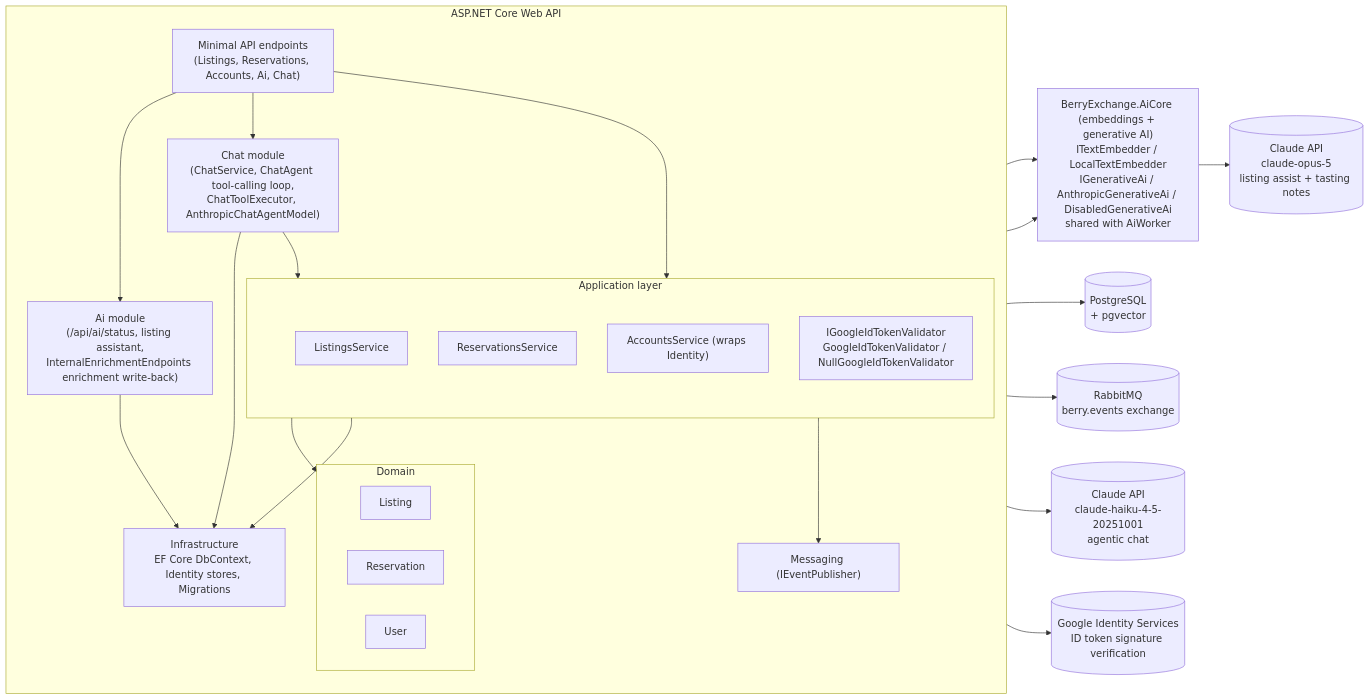
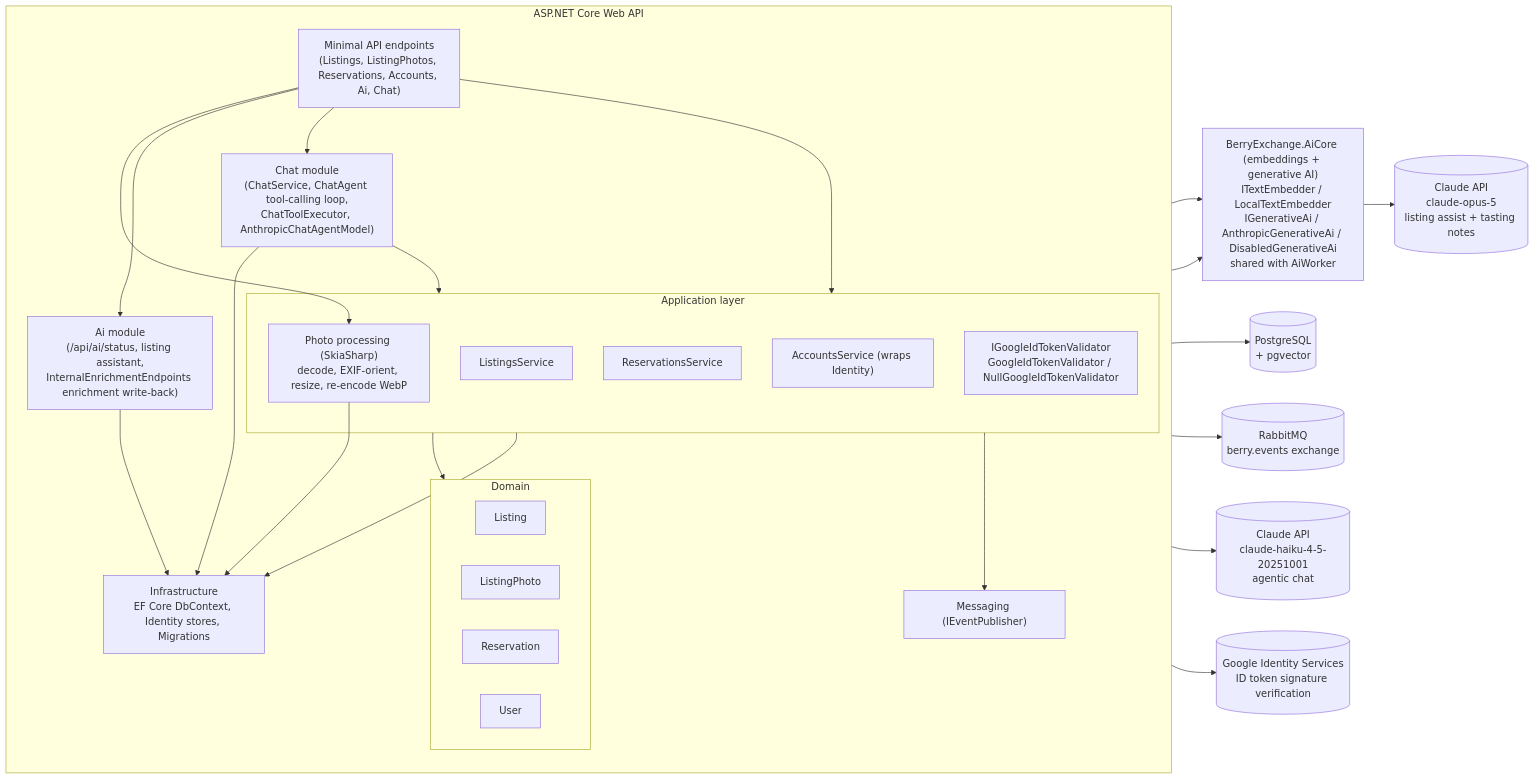
The diagram in docs/architecture/component-backend.mmd (Nazarii-Mandiak/BerryMarketplace), drawn with Mermaid before and after one commit. The commit also changed 14 other files, not shown here.

```diff
--- a/docs/architecture/component-backend.mmd
+++ b/docs/architecture/component-backend.mmd
@@ -1,44 +1,48 @@
 %% Berry Exchange — C4 Level 3: Components inside the API container
 graph LR
     subgraph API["ASP.NET Core Web API"]
         direction TB
-        Endpoints["Minimal API endpoints<br/>(Listings, Reservations, Accounts, Ai, Chat)"]
+        Endpoints["Minimal API endpoints<br/>(Listings, ListingPhotos, Reservations, Accounts, Ai, Chat)"]
         subgraph App["Application layer"]
             ListingsSvc[ListingsService]
             ResSvc[ReservationsService]
             AccountsSvc["AccountsService (wraps Identity)"]
             GoogleAuth["IGoogleIdTokenValidator<br/>GoogleIdTokenValidator / NullGoogleIdTokenValidator"]
+            PhotoPipeline["Photo processing (SkiaSharp)<br/>decode, EXIF-orient, resize, re-encode WebP"]
         end
         subgraph Domain["Domain"]
             ListingEntity[Listing]
+            ListingPhotoEntity[ListingPhoto]
             ReservationEntity[Reservation]
             UserEntity[User]
         end
         Infra["Infrastructure<br/>EF Core DbContext, Identity stores, Migrations"]
         Messaging["Messaging (IEventPublisher)"]
         Ai["Ai module<br/>(/api/ai/status, listing assistant,<br/>InternalEnrichmentEndpoints enrichment write-back)"]
         Chat["Chat module<br/>(ChatService, ChatAgent tool-calling loop,<br/>ChatToolExecutor, AnthropicChatAgentModel)"]
     end
     AiCore["BerryExchange.AiCore (embeddings + generative AI)<br/>ITextEmbedder / LocalTextEmbedder<br/>IGenerativeAi / AnthropicGenerativeAi / DisabledGenerativeAi<br/>shared with AiWorker"]
     DB[("PostgreSQL<br/>+ pgvector")]
     Broker[("RabbitMQ<br/>berry.events exchange")]
     ClaudeOpus[("Claude API<br/>claude-opus-5<br/>listing assist + tasting notes")]
     ClaudeHaiku[("Claude API<br/>claude-haiku-4-5-20251001<br/>agentic chat")]
     GoogleApi[("Google Identity Services<br/>ID token signature verification")]
 
     Endpoints --> App
+    Endpoints --> PhotoPipeline
+    PhotoPipeline --> Infra
     GoogleAuth --> GoogleApi
     Endpoints --> Ai
     Endpoints --> Chat
     App --> Domain
     App --> Infra
     Infra --> DB
     App --> Messaging
     Messaging --> Broker
     App --> AiCore
     Ai --> AiCore
     Ai --> Infra
     Chat --> App
     Chat --> Infra
     Chat --> ClaudeHaiku
     AiCore --> ClaudeOpus
```
